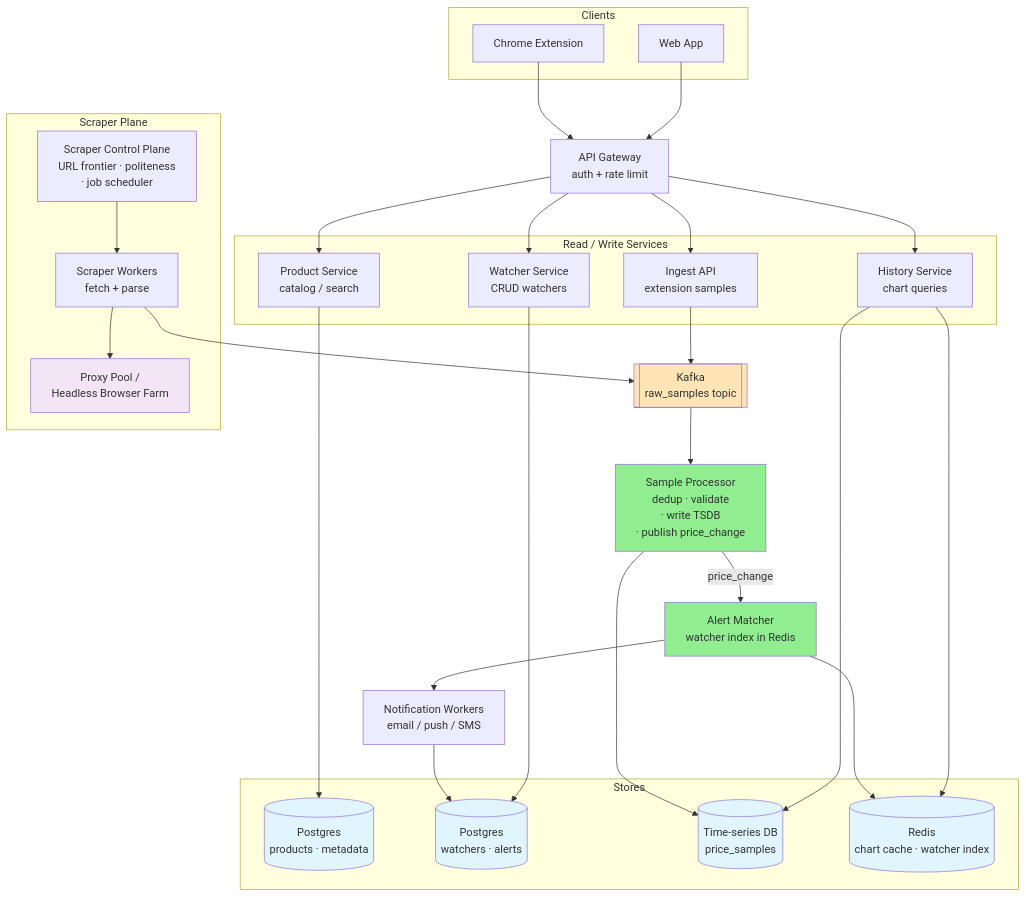
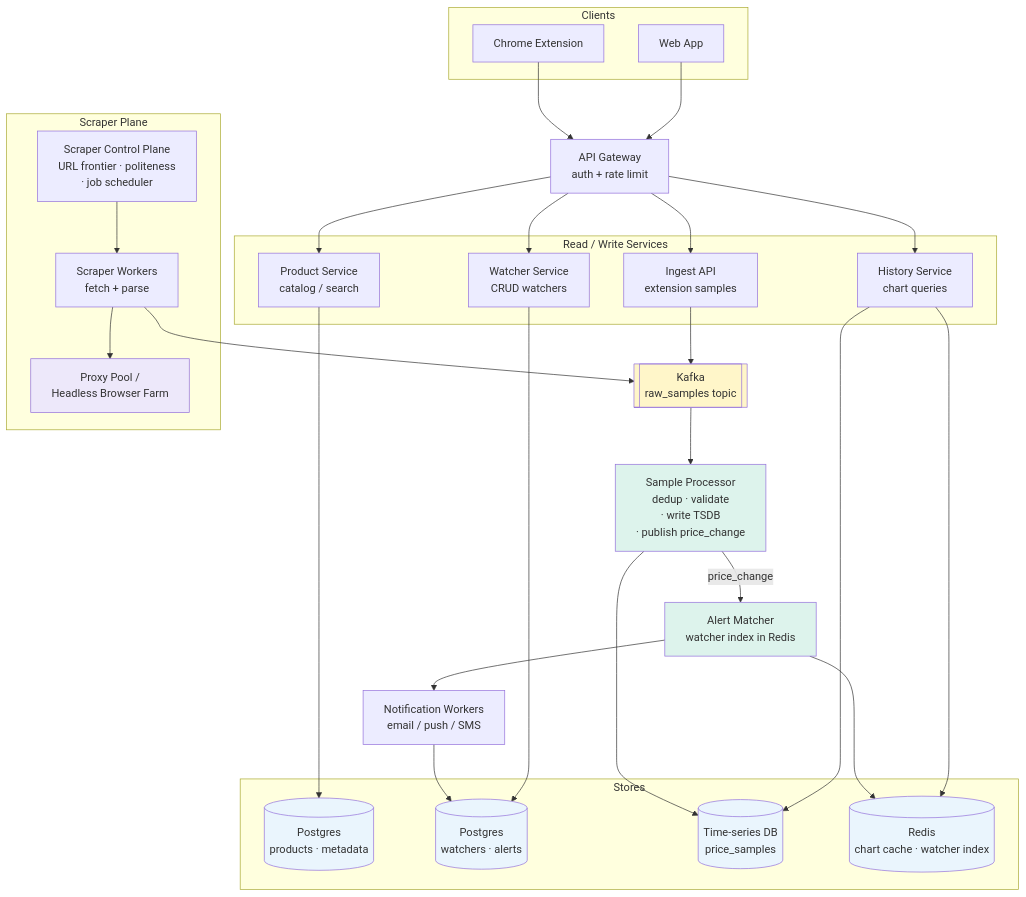
Before and after one commit to cartmancodes/InterviewVault: the second of 6 diagrams in LLD/questions/Design Price Tracking Service.md, drawn with Mermaid. The commit also changed other lines of this file and 679 other files, not shown here.

Commit message:
Unify content diagrams and add accessible visual walkthroughs

````diff
--- a/LLD/questions/Design Price Tracking Service.md
+++ b/LLD/questions/Design Price Tracking Service.md
@@ -177,66 +177,66 @@
 ```mermaid
 graph TB
     subgraph Clients
         WEB[Web App]
         EXT[Chrome Extension]
     end
 
     GW[API Gateway<br/>auth + rate limit]
 
     subgraph "Read / Write Services"
         PS[Product Service<br/>catalog / search]
         WS[Watcher Service<br/>CRUD watchers]
         HS[History Service<br/>chart queries]
         IN[Ingest API<br/>extension samples]
     end
 
     subgraph "Scraper Plane"
         SCP[Scraper Control Plane<br/>URL frontier · politeness<br/>· job scheduler]
         SW[Scraper Workers<br/>fetch + parse]
         PROXY[Proxy Pool /<br/>Headless Browser Farm]
     end
 
     KAFKA[[Kafka<br/>raw_samples topic]]
     SPROC[Sample Processor<br/>dedup · validate<br/>· write TSDB<br/>· publish price_change]
     AM[Alert Matcher<br/>watcher index in Redis]
     NW[Notification Workers<br/>email / push / SMS]
 
     subgraph Stores
         PGP[(Postgres<br/>products · metadata)]
         PGW[(Postgres<br/>watchers · alerts)]
         TSDB[(Time-series DB<br/>price_samples)]
         REDIS[(Redis<br/>chart cache · watcher index)]
     end
 
     WEB --> GW
     EXT --> GW
     GW --> PS
     GW --> WS
     GW --> HS
     GW --> IN
     PS --> PGP
     WS --> PGW
     HS --> TSDB
     HS --> REDIS
     IN --> KAFKA
 
     SCP --> SW
     SW --> PROXY
     SW --> KAFKA
 
     KAFKA --> SPROC
     SPROC --> TSDB
     SPROC -->|price_change| AM
     AM --> REDIS
     AM --> NW
     NW --> PGW
 
-    style REDIS fill:#e1f5ff
-    style PGP fill:#e1f5ff
-    style PGW fill:#e1f5ff
-    style TSDB fill:#e1f5ff
-    style KAFKA fill:#FFE4B5
-    style PROXY fill:#f3e5f5
-    style SPROC fill:#90EE90
-    style AM fill:#90EE90
+    style REDIS fill:#EAF5FD
+    style PGP fill:#EAF5FD
+    style PGW fill:#EAF5FD
+    style TSDB fill:#EAF5FD
+    style KAFKA fill:#FFF6C9
+    style PROXY fill:#EDE8FA
+    style SPROC fill:#DDF3EC
+    style AM fill:#DDF3EC
 ```
````
